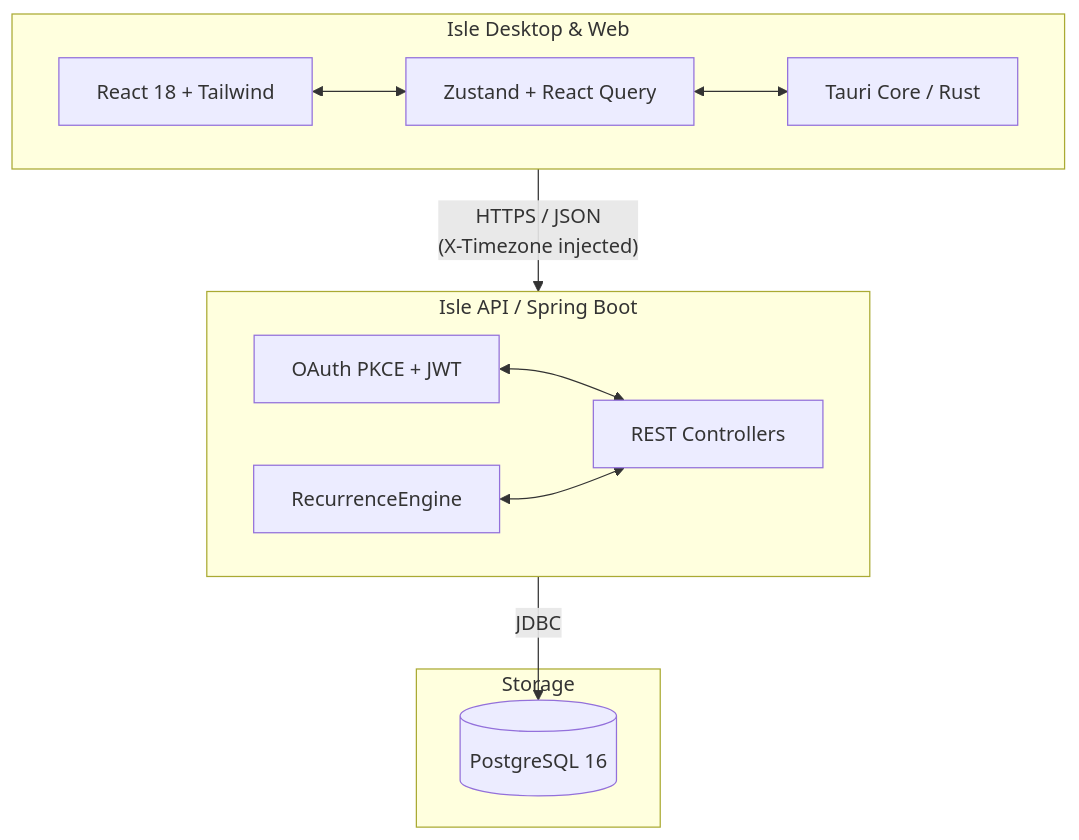
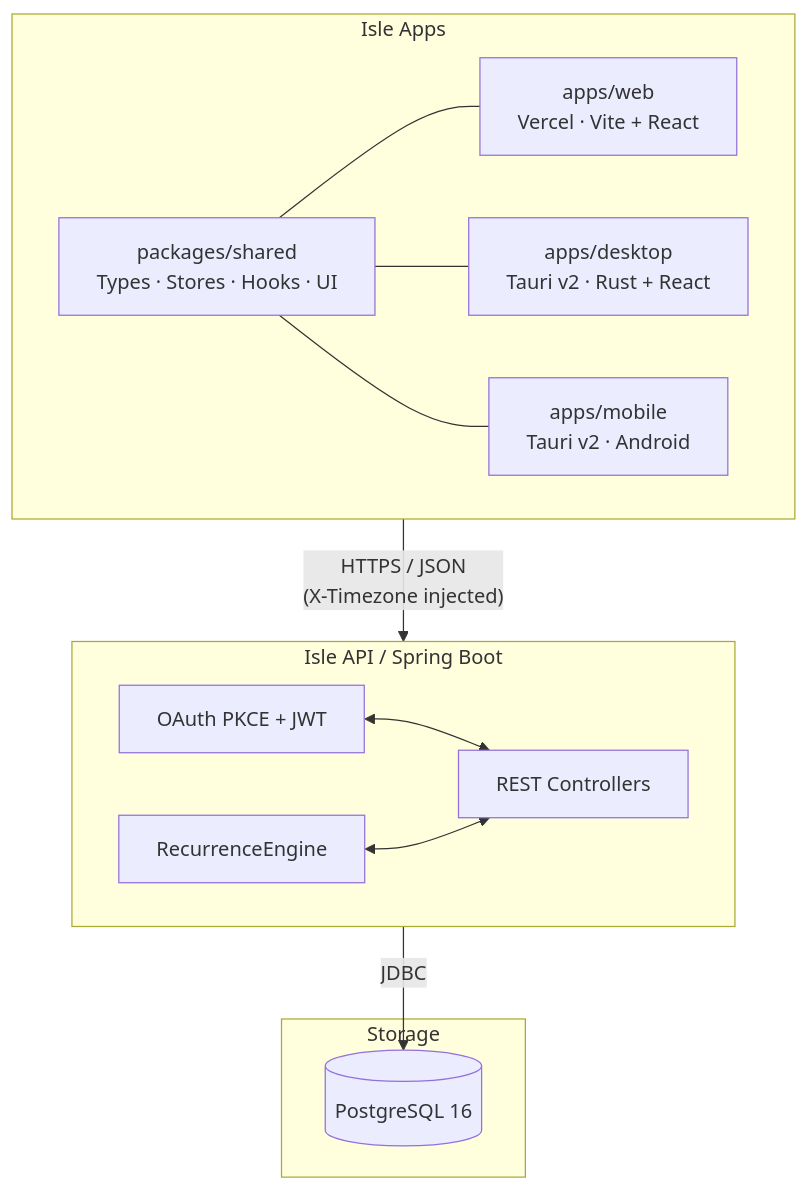
The first of 2 diagrams in docs/architecture.md (Omar-Abduh/isle), drawn with Mermaid before and after one commit. The commit also changed other lines of this file and 7 other files, not shown here.

Commit message:
docs: update READMEs and architecture docs with monorepo structure and mobile plan

````diff
--- a/docs/architecture.md
+++ b/docs/architecture.md
@@ -11,25 +11,28 @@
 ```mermaid
 graph TD
-    subgraph Frontend [Isle Desktop & Web]
-        UI[React 18 + Tailwind]
-        State[Zustand + React Query]
-        Tauri[Tauri Core / Rust]
-        UI <--> State
-        State <--> Tauri
+    subgraph Frontend [Isle Apps]
+        Shared[packages/shared<br/>Types · Stores · Hooks · UI]
+        Web[apps/web<br/>Vercel · Vite + React]
+        Desktop[apps/desktop<br/>Tauri v2 · Rust + React]
+        Mobile[apps/mobile<br/>Tauri v2 · Android]
+
+        Shared --- Web
+        Shared --- Desktop
+        Shared --- Mobile
     end
 
     subgraph Backend [Isle API / Spring Boot]
         Auth[OAuth PKCE + JWT]
         Recurrence[RecurrenceEngine]
         API[REST Controllers]
         Auth <--> API
         Recurrence <--> API
     end
 
     subgraph Database [Storage]
         PG[(PostgreSQL 16)]
     end
 
     Frontend -- "HTTPS / JSON\n(X-Timezone injected)" --> Backend
     Backend -- "JDBC" --> PG
 ```
````
